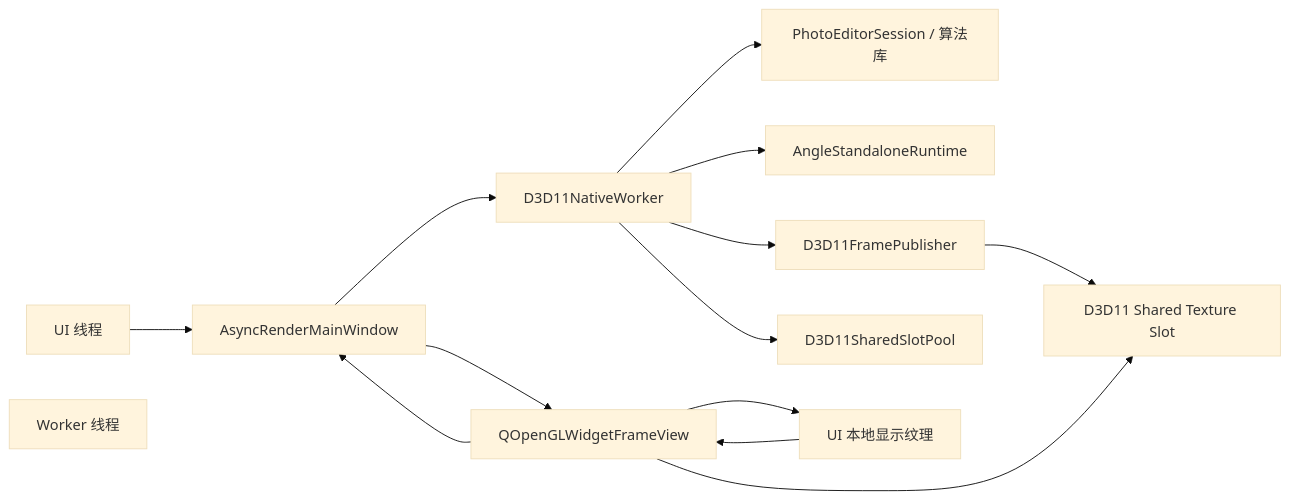
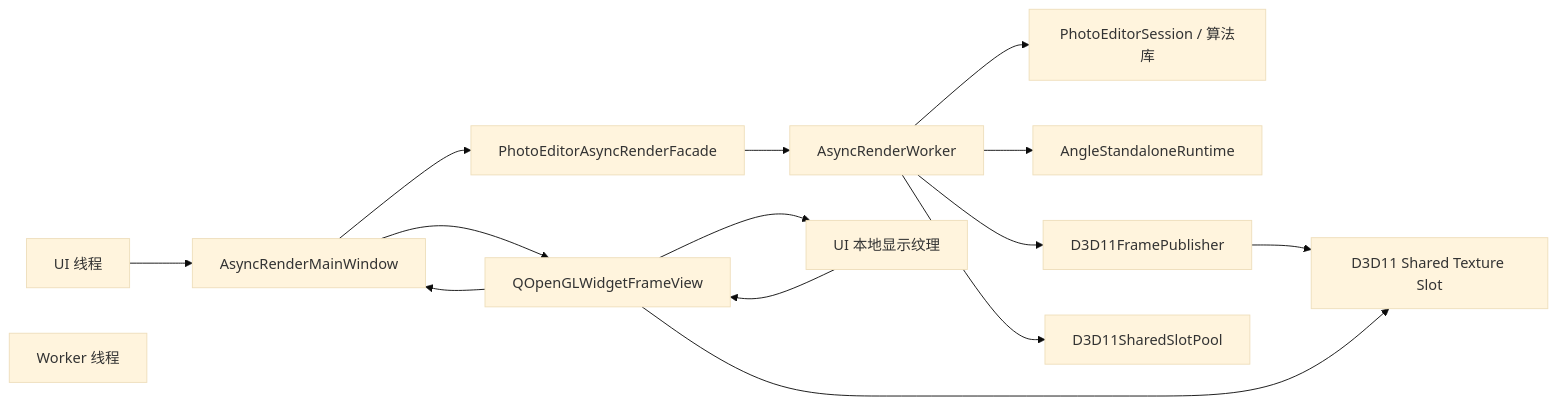
One commit to Peranger1/Gles2AsyncRender changed the first of 2 diagrams in ARCHITECTURE.md. Above: the diagram before and after it, drawn with Mermaid (base theme). The commit also changed other lines of this file and 16 other files, not shown here.

Commit message:
Split app facade from async render worker

````diff
--- a/ARCHITECTURE.md
+++ b/ARCHITECTURE.md
@@ -24,26 +24,28 @@
 ```mermaid
 flowchart LR
     UI["UI 线程"]
     WIN["AsyncRenderMainWindow"]
     WGT["QOpenGLWidgetFrameView"]
     WK["Worker 线程"]
-    WRK["D3D11NativeWorker"]
+    FAC["PhotoEditorAsyncRenderFacade"]
+    WRK["AsyncRenderWorker"]
     ALG["PhotoEditorSession / 算法库"]
     RT["AngleStandaloneRuntime"]
     PUB["D3D11FramePublisher"]
     POOL["D3D11SharedSlotPool"]
     SHARED["D3D11 Shared Texture Slot"]
     LOCAL["UI 本地显示纹理"]
 
     UI --> WIN --> WGT
-    WIN --> WRK
+    WIN --> FAC
+    FAC --> WRK
     WGT --> WIN
     WRK --> ALG
     WRK --> RT
     WRK --> PUB
     WRK --> POOL
     PUB --> SHARED
     WGT --> SHARED
     WGT --> LOCAL
     LOCAL --> WGT
 ```
````
